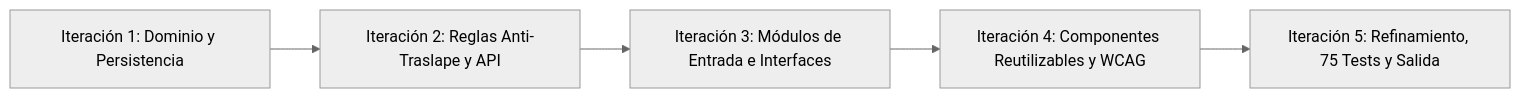
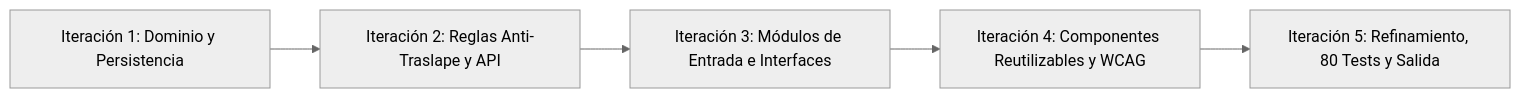
One commit to Jack964272749/ReservaUPLA changed the diagram in docs/INFORME_PROYECTO.md. Above: the diagram before and after it, drawn with Mermaid (neutral theme). The commit also changed other lines of this file, not shown here.

Commit message:
docs: documenta validacion institucional de cuentas y actualiza conteo de tests a 80

````diff
--- a/docs/INFORME_PROYECTO.md
+++ b/docs/INFORME_PROYECTO.md
@@ -61,7 +62,7 @@
 ```mermaid
 flowchart LR
     A["Iteración 1: Dominio y Persistencia"] --> B["Iteración 2: Reglas Anti-Traslape y API"]
     B --> C["Iteración 3: Módulos de Entrada e Interfaces"]
     C --> D["Iteración 4: Componentes Reutilizables y WCAG"]
-    D --> E["Iteración 5: Refinamiento, 75 Tests y Salida"]
+    D --> E["Iteración 5: Refinamiento, 80 Tests y Salida"]
 ```
````
